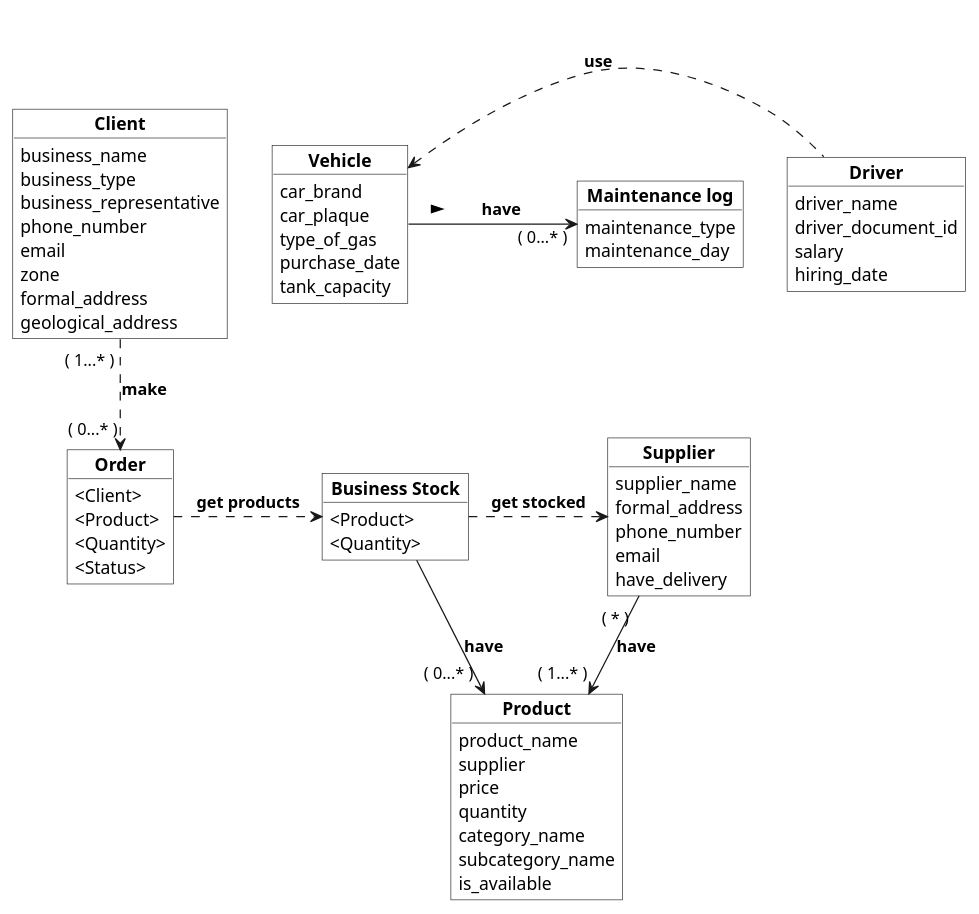
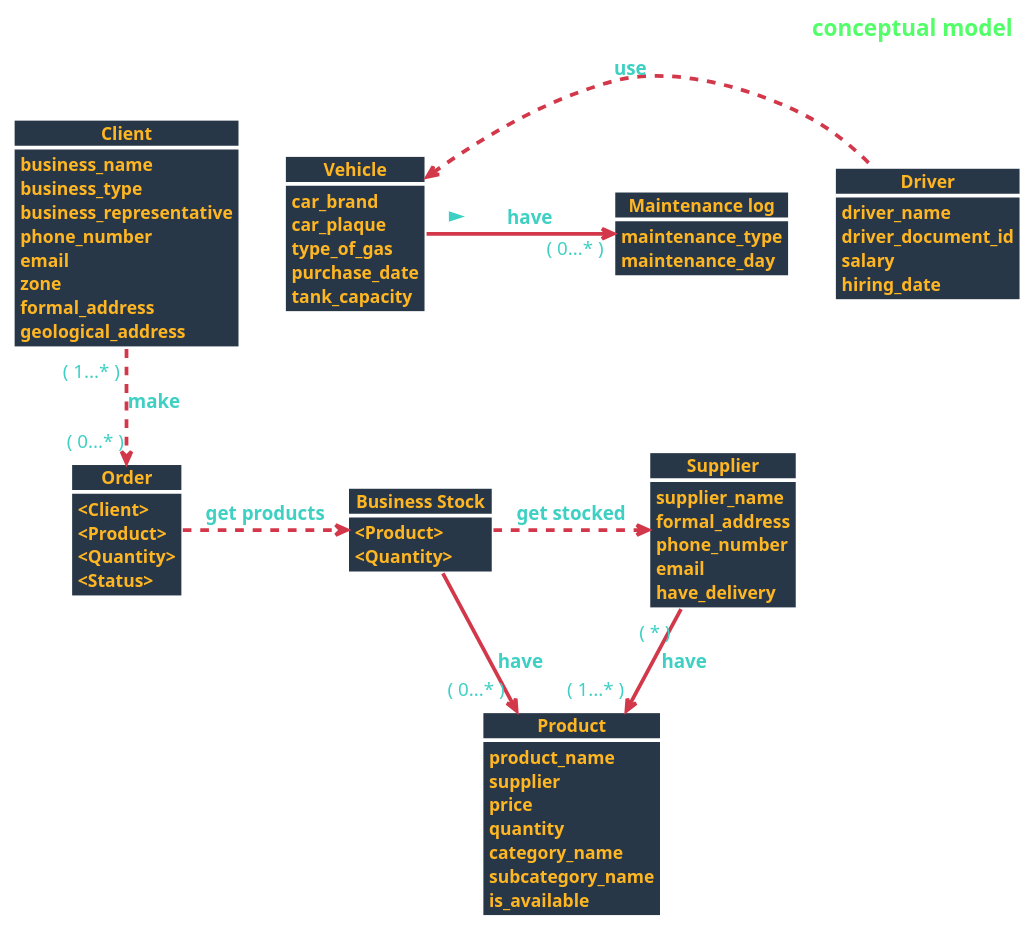
The diagram in conceptual_diagram.puml (hros19/CorreCaminos-management-system), drawn with PlantUML before and after one commit. The commit also changed 1 other file, not shown here.

Commit message:
Finalization of diagrams
Need check

```diff
--- a/conceptual_diagram.puml
+++ b/conceptual_diagram.puml
@@ -1,82 +1,93 @@
 @startuml Conceptual Database Model
 
 skinparam BackgroundColor transparent
 
-skinparam HeaderFontColor white
-skinparam HeaderFontSize 15
+skinparam HeaderFontColor #52FF69
+skinparam HeaderFontSize 18
 
-skinparam ObjectBackgroundColor white
+skinparam ArrowFontSize 15
+skinparam ArrowColor D3374A
+skinparam ArrowThickness 3
+skinparam ArrowFontColor #3FD0C4
 
+skinparam ObjectBorderColor white
+skinparam ObjectBorderThickness 3
+skinparam ObjectAttributeFontSize 13
+skinparam ObjectAttributeFontColor FF6127
+skinparam ObjectBackgroundColor #283747
+skinparam ObjectFontSize 14
+skinparam ObjectFontStyle Bold
+skinparam ObjectFontColor #FFB623
 
-header conceptual model
+header **conceptual model**
 
 object "**Client**" as Client {
     business_name
     business_type
     business_representative
     phone_number
     email
     zone
     formal_address
     geological_address
 }
 
 object "**Driver**" as Driver {
     driver_name
     driver_document_id
     salary
     hiring_date
 }
  
 object "**Vehicle**" as Vehicle {
     car_brand
     car_plaque
     type_of_gas
     purchase_date
     tank_capacity
 }
 
 object "**Maintenance log**" as MaintenanceLog {
     maintenance_type
     maintenance_day
 }
 
 object "**Business Stock**" as BusinessStock {
     <Product> 
     <Quantity>
 }
 
 object "**Order**" as Order {
     <Client>
     <Product> 
     <Quantity>
     <Status>
 }
 
 object "**Product**" as Product {
     product_name
     supplier
     price
     quantity
     category_name
     subcategory_name
     is_available
 }
 
 object "**Supplier**" as Supplier {
     supplier_name
     formal_address
     phone_number
     email
     have_delivery
 }
 
 BusinessStock .> Supplier : "**get stocked**"
 Vehicle  <. Driver : "**use**"
 Client " ( 1...* ) " ..> "( 0...* )" Order : "**make**"
 Supplier " ( * ) " --> " ( 1...* ) " Product : "**have**"
 Product " ( 0...* ) " <-- BusinessStock : "**have**" 
 Order .> BusinessStock : "**get products**"
 Vehicle -> "( 0...* )" MaintenanceLog : \t**have**\t >
 
 @enduml
```
